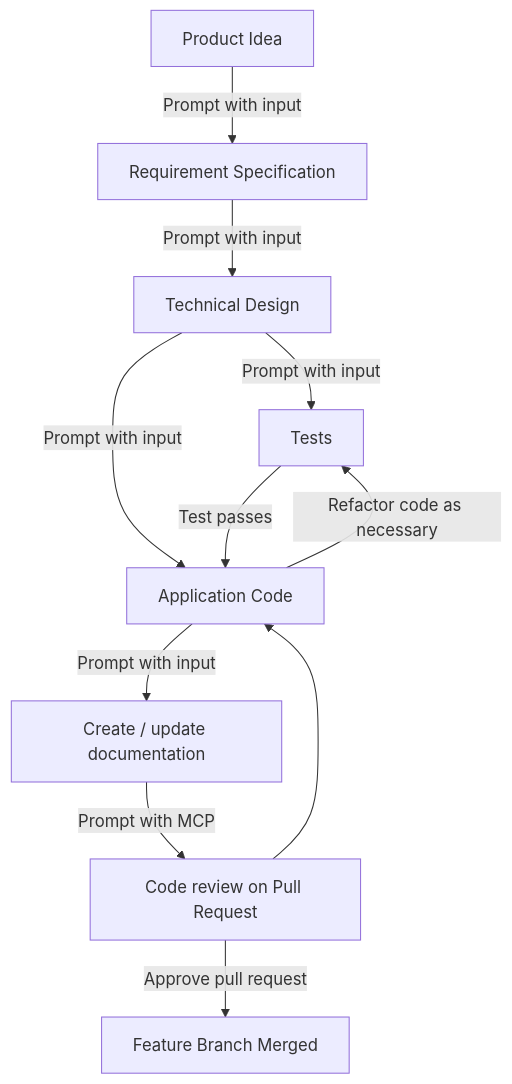
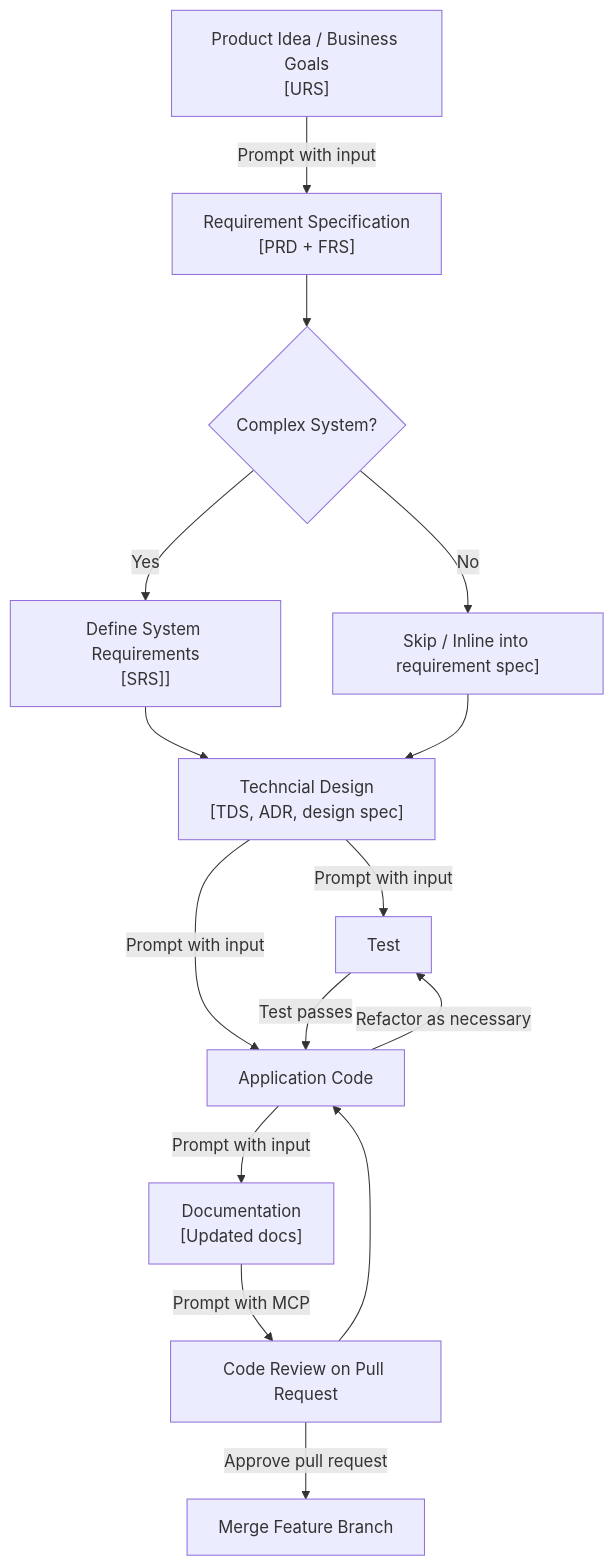
Before and after one commit to kevinlin/ai-sdlc-playbook: the diagram in docs/workflow/feature-based-development/01-getting-started.md, drawn with Mermaid. The commit also changed other lines of this file, not shown here.

Commit message:
Update the flowchat for feature-based development with AI workflow

````diff
--- a/docs/workflow/feature-based-development/01-getting-started.md
+++ b/docs/workflow/feature-based-development/01-getting-started.md
@@ -13,16 +13,20 @@
 ```mermaid
 ---
 config:
   layout: dagre
 ---
 flowchart TD
-    A["Product Idea"] -- Prompt with input --> B["Requirement Specification"]
-    B -- Prompt with input --> C["Technical Design"]
-    C -- Prompt with input --> D["Tests"] & E["Application Code"]
-    D -- Test passes --> E
-    E -- Refactor code as necessary --> D
-    E -- Prompt with input --> G["Create / update documentation"]
-    G -- Prompt with MCP --> H["Code review on Pull Request"]
-    H --> E
-    H -- Approve pull request --> I["Feature Branch Merged"]
+    A["Product Idea / Business Goals<br>[URS]"] -- Prompt with input --> B["Requirement Specification<br>[PRD + FRS]"]
+    B --> C{"Complex System?"}
+    C -- Yes --> D["Define System Requirements<br>[SRS]]"]
+    C -- No --> E["Skip / Inline into requirement spec]"]
+    D --> F["Techncial Design<br>[TDS, ADR, design spec]"]
+    E --> F
+    F -- Prompt with input --> G["Test"] & H["Application Code"]
+    G -- Test passes --> H
+    H -- Refactor as necessary --> G
+    H -- Prompt with input --> I["Documentation<br>[Updated docs]"]
+    I -- Prompt with MCP --> J["Code Review on Pull Request"]
+    J --> H
+    J -- Approve pull request --> K["Merge Feature Branch"]
 ```
````
